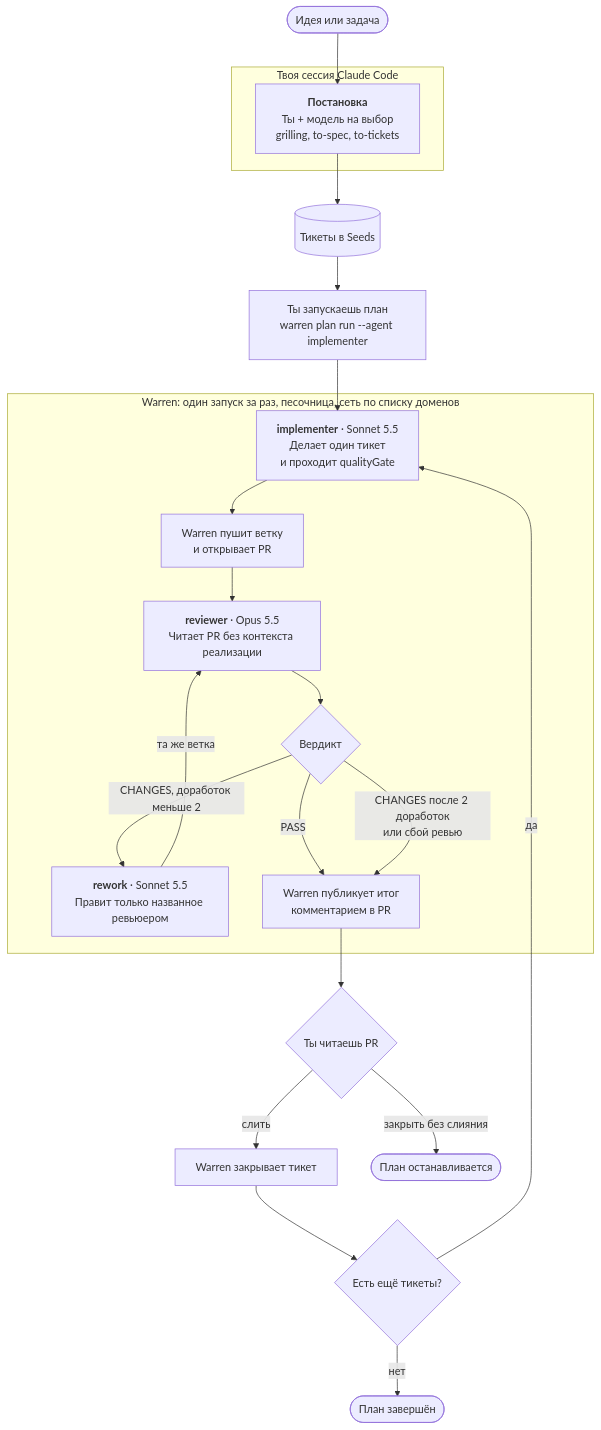
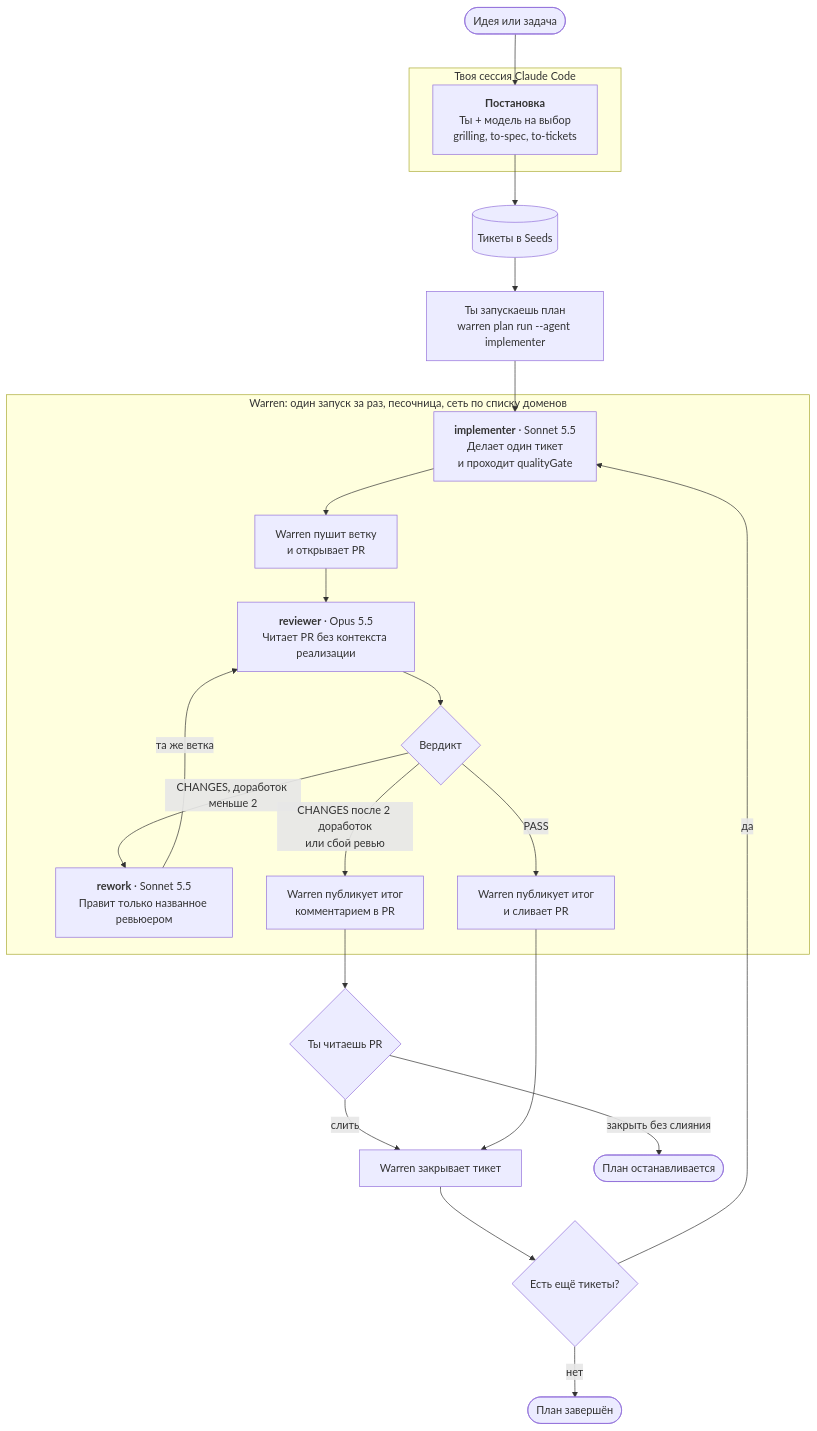
One commit to leary1337/software-factory changed the diagram in README.md. Above: the diagram before and after it, drawn with Mermaid. The commit also changed other lines of this file and 17 other files, not shown here.

````diff
--- a/README.md
+++ b/README.md
@@ -9,34 +9,36 @@
 ```mermaid
 flowchart TD
     idea(["Идея или задача"]) --> station
 
     subgraph session["Твоя сессия Claude Code"]
         station["<b>Постановка</b><br/>Ты + модель на выбор<br/>grilling, to-spec, to-tickets"]
     end
 
     station --> tickets[("Тикеты в Seeds")]
     tickets --> start["Ты запускаешь план<br/>warren plan run --agent implementer"]
 
     subgraph warren["Warren: один запуск за раз, песочница, сеть по списку доменов"]
         impl["<b>implementer</b> · Sonnet 5.5<br/>Делает один тикет<br/>и проходит qualityGate"]
         pr["Warren пушит ветку<br/>и открывает PR"]
         review["<b>reviewer</b> · Opus 5.5<br/>Читает PR без контекста реализации"]
         verdict{"Вердикт"}
         rework["<b>rework</b> · Sonnet 5.5<br/>Правит только названное ревьюером"]
         comment["Warren публикует итог<br/>комментарием в PR"]
+        merge["Warren публикует итог<br/>и сливает PR"]
 
         impl --> pr --> review --> verdict
         verdict -- "CHANGES, доработок меньше 2" --> rework
         rework -- "та же ветка" --> review
-        verdict -- "PASS" --> comment
+        verdict -- "PASS" --> merge
         verdict -- "CHANGES после 2 доработок<br/>или сбой ревью" --> comment
     end
 
     start --> impl
     comment --> human{"Ты читаешь PR"}
     human -- "слить" --> close["Warren закрывает тикет"]
     human -- "закрыть без слияния" --> stop(["План останавливается"])
+    merge --> close
     close --> next{"Есть ещё тикеты?"}
     next -- "да" --> impl
     next -- "нет" --> done(["План завершён"])
 ```
````
